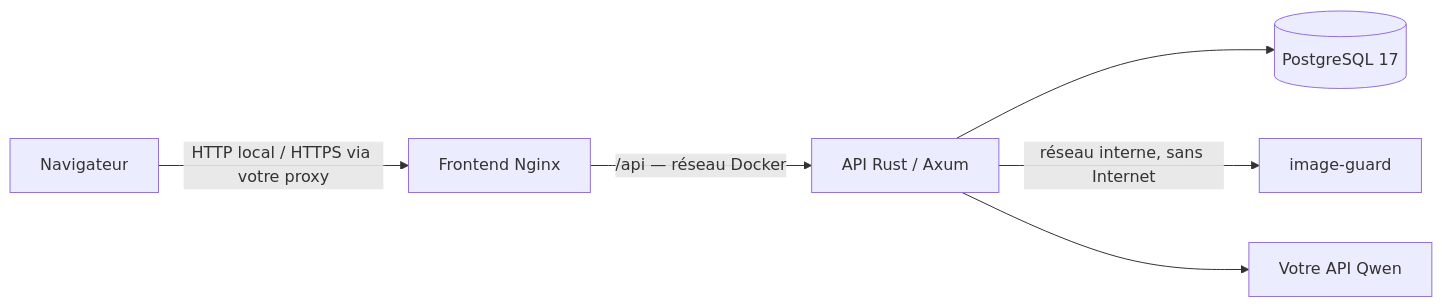
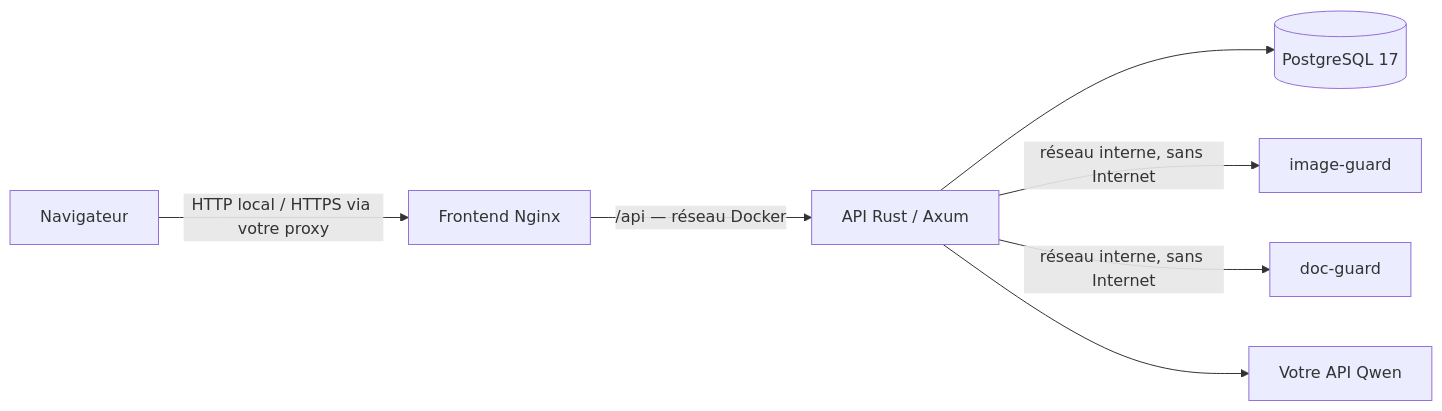
The diagram in README.md (El-cmd/L-Observatoire), drawn with Mermaid before and after one commit. The commit also changed other lines of this file and 28 other files, not shown here.

````diff
--- a/README.md
+++ b/README.md
@@ -7,8 +7,9 @@
 ```mermaid
 flowchart LR
     Browser[Navigateur] -->|HTTP local / HTTPS via votre proxy| Front[Frontend Nginx]
     Front -->|/api — réseau Docker| API[API Rust / Axum]
     API --> DB[(PostgreSQL 17)]
     API -->|réseau interne, sans Internet| Guard[image-guard]
+    API -->|réseau interne, sans Internet| Docs[doc-guard]
     API --> Qwen[Votre API Qwen]
 ```
````
